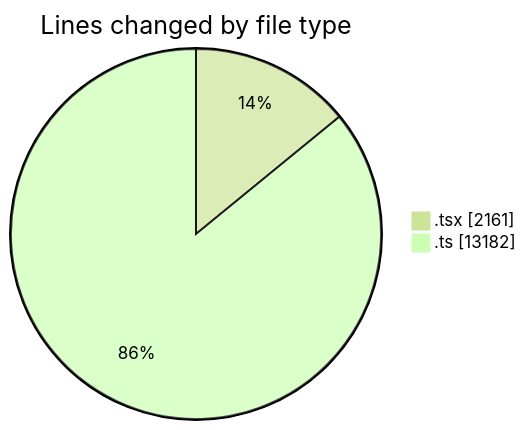
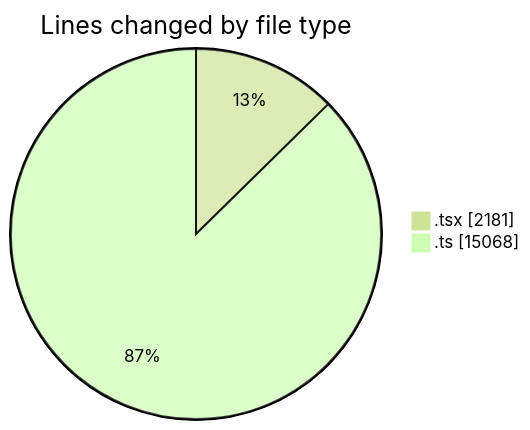
The first of 2 diagrams in 2025-09-22/cda/README.md (momahboobian/code-tracking), drawn with Mermaid (forest theme) before and after one commit. The commit also changed other lines of this file and 1 other file, not shown here.

````diff
--- a/2025-09-22/cda/README.md
+++ b/2025-09-22/cda/README.md
@@ -29,6 +29,6 @@
 ```mermaid
 pie showData
 title Lines changed by file type
-".tsx" : 2161
-".ts" : 13182
+".tsx" : 2181
+".ts" : 15068
 ```
````
